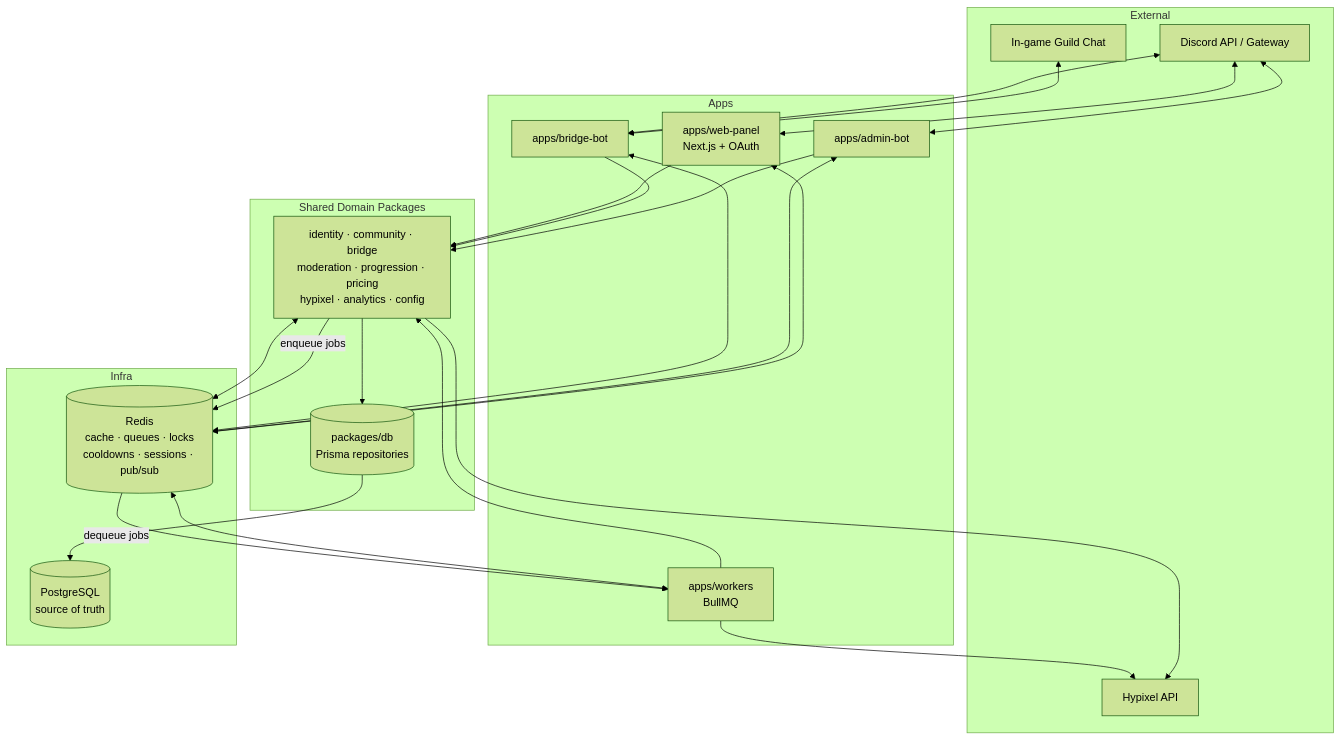
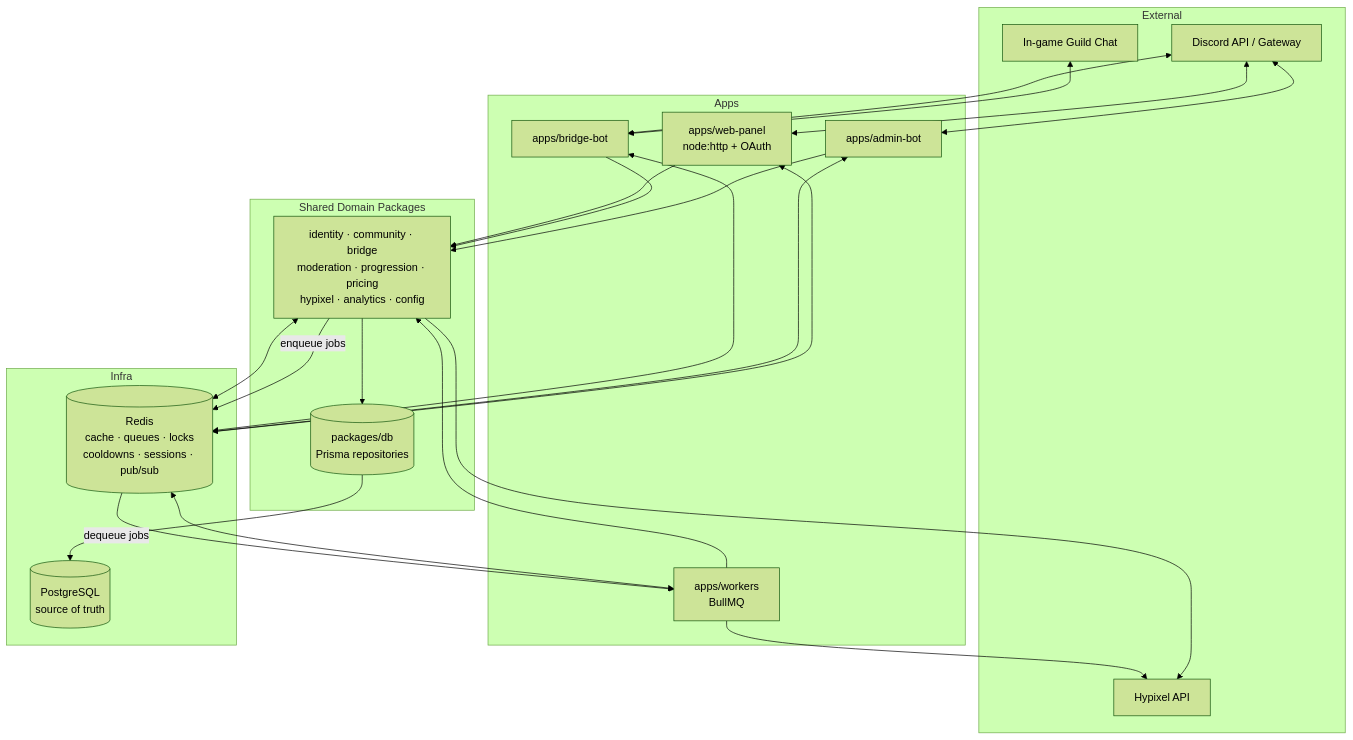
One commit to cfitz3/SBR-Bot changed the diagram in docs/ARCHITECTURE.md. Above: the diagram before and after it, drawn with Mermaid (forest theme). The commit also changed other lines of this file and 207 other files, not shown here.

First line of the commit message:
Build out platform runtime: apps, domain packages, panel client, tooling

````diff
--- a/docs/ARCHITECTURE.md
+++ b/docs/ARCHITECTURE.md
@@ -109,49 +109,49 @@
 ```mermaid
 flowchart TB
     subgraph External
         DISCORD[Discord API / Gateway]
         HYPIXEL[Hypixel API]
         MC[In-game Guild Chat]
     end
 
     subgraph Apps
-        WEB[apps/web-panel<br/>Next.js + OAuth]
+        WEB[apps/web-panel<br/>node:http + OAuth]
         BBOT[apps/bridge-bot]
         ABOT[apps/admin-bot]
         WORK[apps/workers<br/>BullMQ]
     end
 
     subgraph Packages["Shared Domain Packages"]
         SVC["identity · community · bridge<br/>moderation · progression · pricing<br/>hypixel · analytics · config"]
         DB[(packages/db<br/>Prisma repositories)]
     end
 
     subgraph Infra
         PG[(PostgreSQL<br/>source of truth)]
         REDIS[(Redis<br/>cache · queues · locks<br/>cooldowns · sessions · pub/sub)]
     end
 
     DISCORD <--> WEB
     DISCORD <--> BBOT
     DISCORD <--> ABOT
     MC <--> BBOT
 
     WEB --> SVC
     BBOT --> SVC
     ABOT --> SVC
     WORK --> SVC
 
     SVC --> DB
     DB --> PG
 
     SVC <--> REDIS
     WORK <--> REDIS
     BBOT <--> REDIS
     ABOT <--> REDIS
     WEB <--> REDIS
 
     SVC -->|enqueue jobs| REDIS
     REDIS -->|dequeue jobs| WORK
     WORK --> HYPIXEL
     SVC --> HYPIXEL
 ```
````
